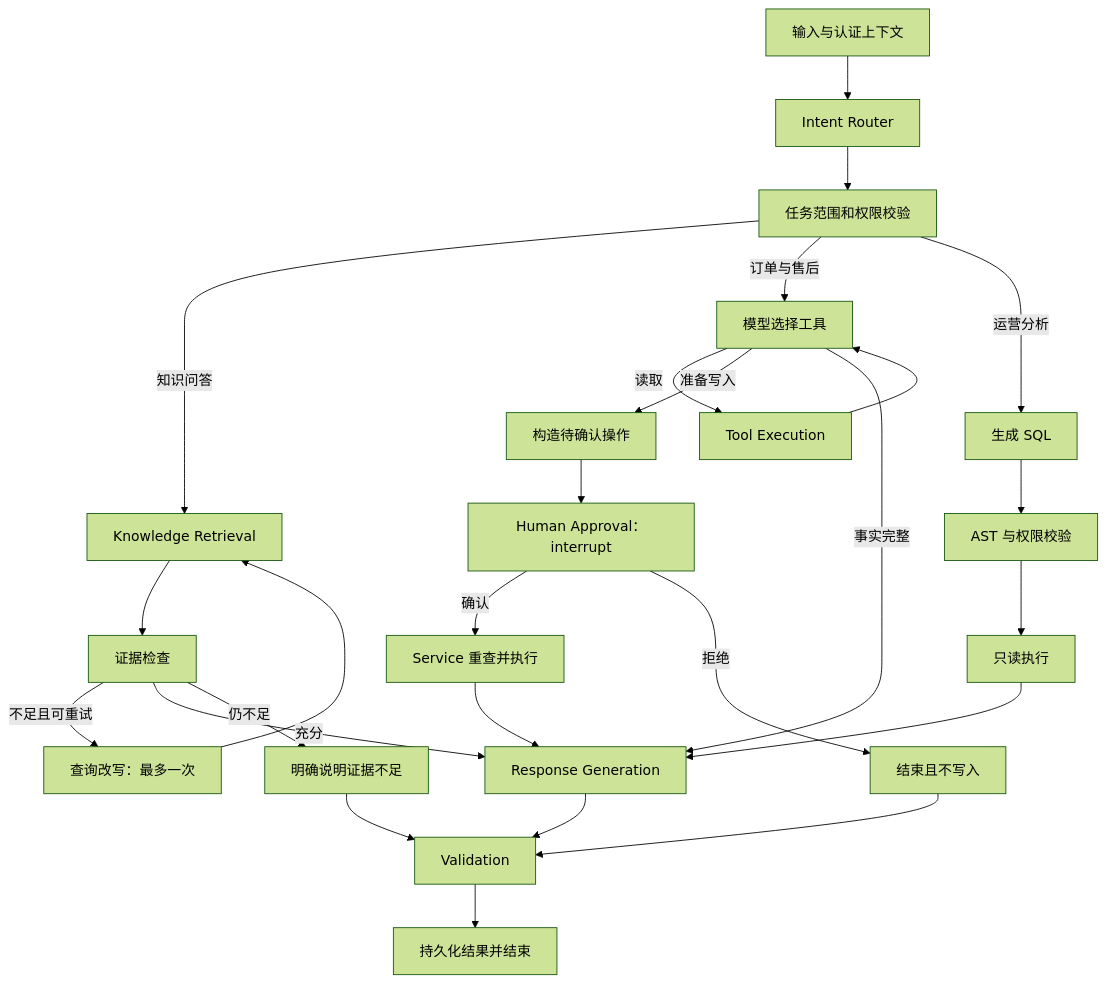
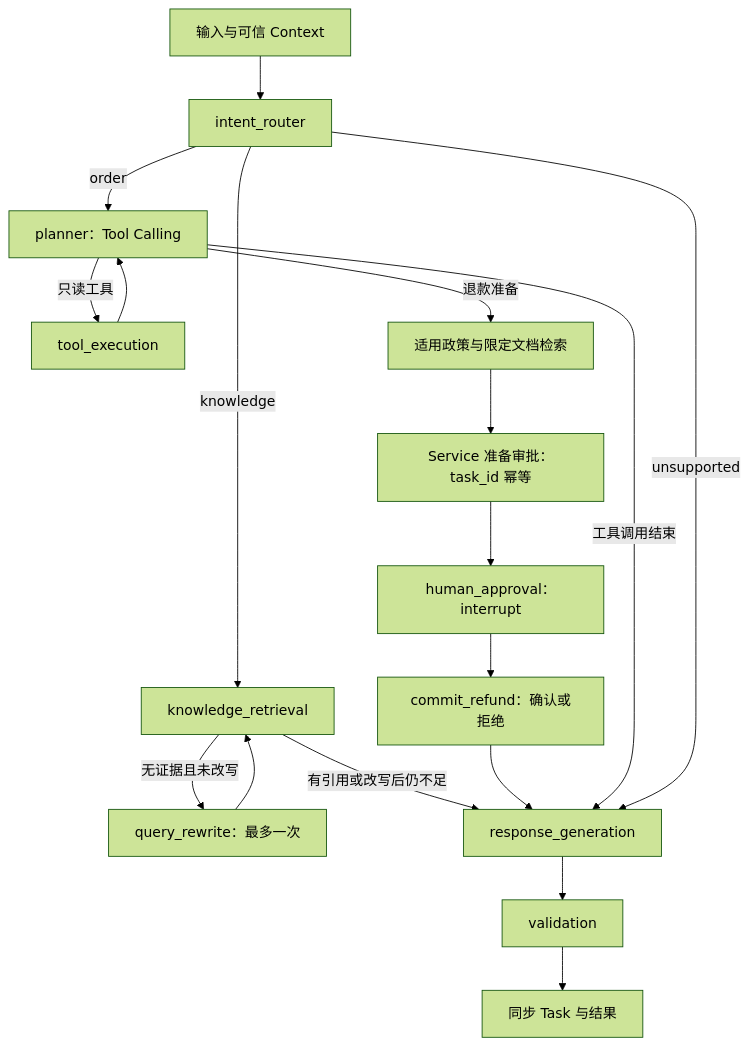
The diagram in docs/agent-workflow.md (zjhwwwl/EnterpriseAgent), drawn with Mermaid (forest theme) before and after one commit. The commit also changed other lines of this file and 49 other files, not shown here.

Commit message:
feat: implement Phase 4 LangGraph agent and human approval

````diff
--- a/docs/agent-workflow.md
+++ b/docs/agent-workflow.md
@@ -9,28 +7,20 @@
 ```mermaid
 flowchart TD
-    START[输入与认证上下文] --> ROUTER[Intent Router]
-    ROUTER --> AUTH[任务范围和权限校验]
-    AUTH -->|知识问答| RETRIEVE[Knowledge Retrieval]
-    RETRIEVE --> CHECK[证据检查]
-    CHECK -->|不足且可重试| REWRITE[查询改写：最多一次]
+    START[输入与可信 Context] --> ROUTER[intent_router]
+    ROUTER -->|knowledge| RETRIEVE[knowledge_retrieval]
+    RETRIEVE -->|无证据且未改写| REWRITE[query_rewrite：最多一次]
     REWRITE --> RETRIEVE
-    CHECK -->|充分| RESPONSE[Response Generation]
-    CHECK -->|仍不足| INSUFFICIENT[明确说明证据不足]
-    AUTH -->|订单与售后| PLAN[模型选择工具]
-    PLAN -->|读取| EXEC[Tool Execution]
+    RETRIEVE -->|有引用或改写后仍不足| RESPONSE[response_generation]
+    ROUTER -->|order| PLAN[planner：Tool Calling]
+    PLAN -->|只读工具| EXEC[tool_execution]
     EXEC --> PLAN
-    PLAN -->|准备写入| PREPARE[构造待确认操作]
-    PREPARE --> APPROVAL[Human Approval：interrupt]
-    APPROVAL -->|确认| WRITE[Service 重查并执行]
-    APPROVAL -->|拒绝| CANCEL[结束且不写入]
-    WRITE --> RESPONSE
-    PLAN -->|事实完整| RESPONSE
-    AUTH -->|运营分析| SQL[生成 SQL]
-    SQL --> GUARD[AST 与权限校验]
-    GUARD --> QUERY[只读执行]
-    QUERY --> RESPONSE
-    RESPONSE --> VALIDATION[Validation]
-    INSUFFICIENT --> VALIDATION
-    CANCEL --> VALIDATION
-    VALIDATION --> END[持久化结果并结束]
+    PLAN -->|退款准备| POLICY[适用政策与限定文档检索]
+    POLICY --> PREPARE[Service 准备审批：task_id 幂等]
+    PREPARE --> HUMAN[human_approval：interrupt]
+    HUMAN --> COMMIT[commit_refund：确认或拒绝]
+    COMMIT --> RESPONSE
+    PLAN -->|工具调用结束| RESPONSE
+    ROUTER -->|unsupported| RESPONSE
+    RESPONSE --> CHECK[validation]
+    CHECK --> END[同步 Task 与结果]
 ```
````
